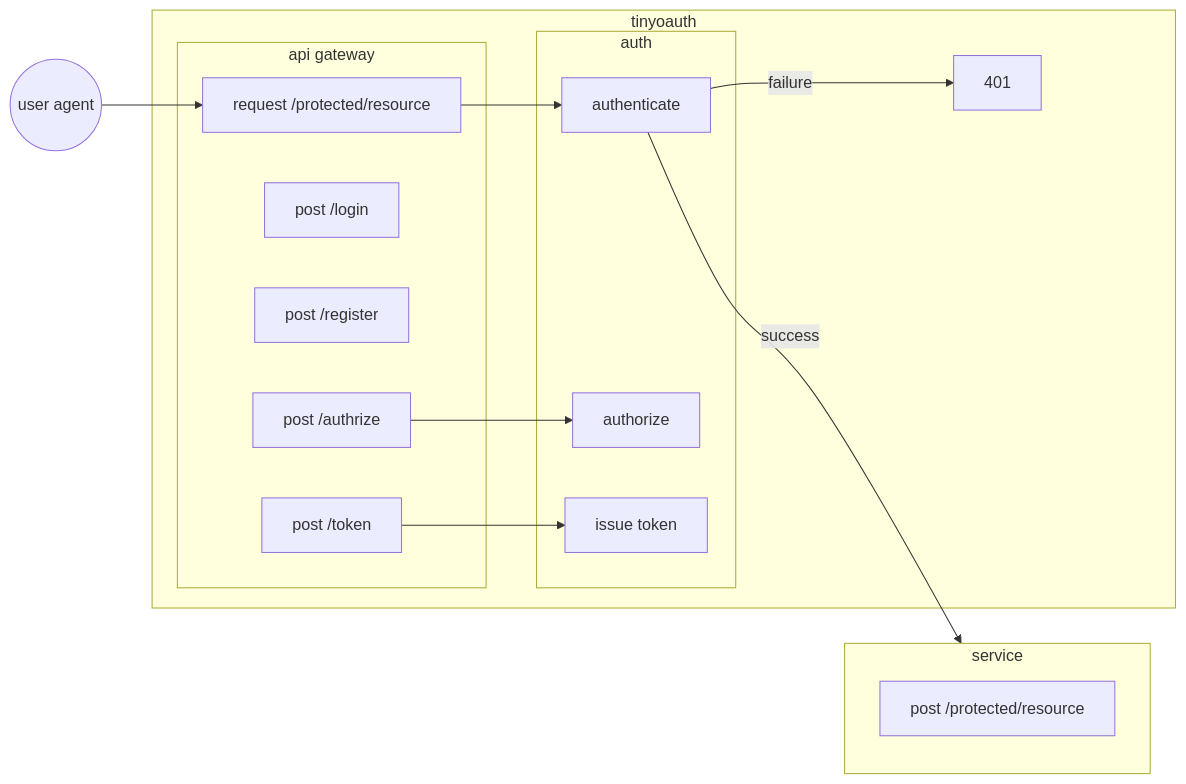
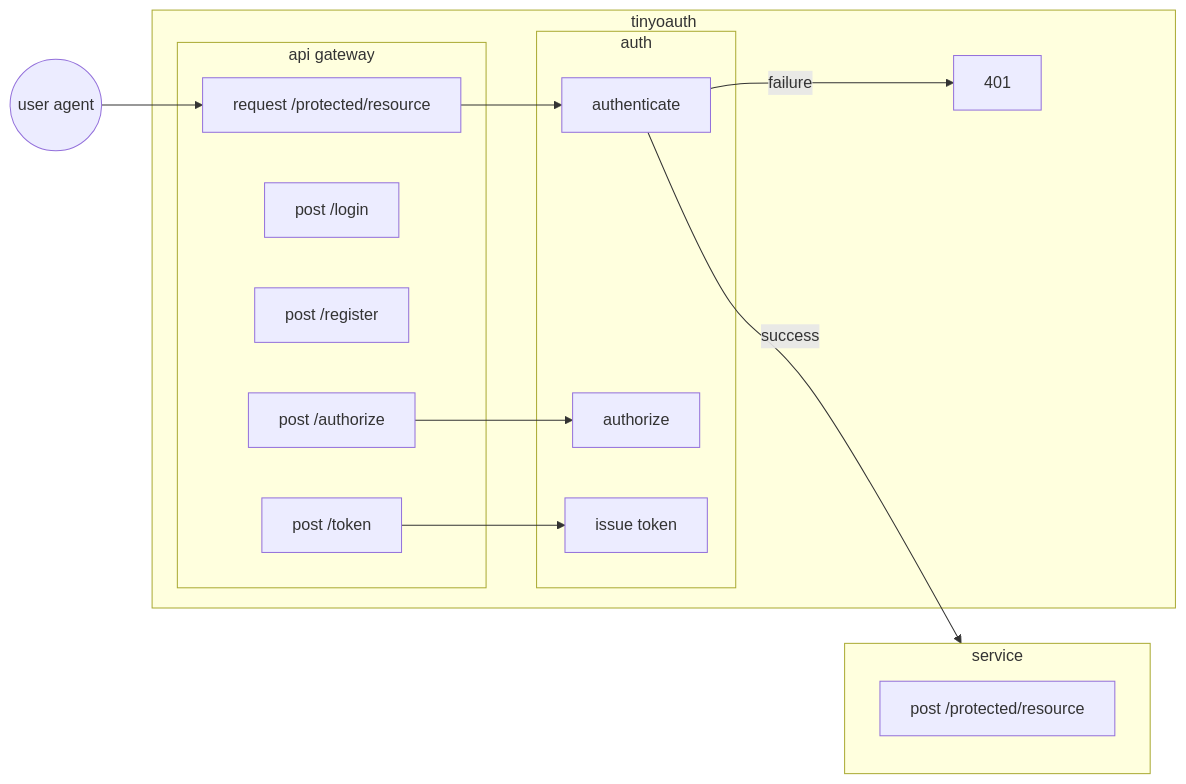
One commit to DevecorSoft/tinyoauth changed the diagram in docs/source/explanation/api-design.md. Above: the diagram before and after it, drawn with Mermaid. The commit also changed other lines of this file and 2 other files, not shown here.

````diff
--- a/docs/source/explanation/api-design.md
+++ b/docs/source/explanation/api-design.md
@@ -3,33 +3,33 @@
 ```{mermaid}
 flowchart LR
   subgraph tinyoauth
 
     subgraph gateway[api gateway]
       request_protected_api[request /protected/resource]
       post_login_api[post /login]
       post_register_api[post /register]
-      post_authorize_api[post /authrize]
+      post_authorize_api[post /authorize]
       post_token_api[post /token]
     end
 
     subgraph auth
       authenticate
       authorize
       issue_token[issue token]
     end
 
     request_protected_api --> authenticate
     authenticate -- failure --> 401
 
     post_authorize_api --> authorize
     post_token_api --> issue_token
 
   end
 
   subgraph service
     service_api[post /protected/resource]
   end
 
   authenticate -- success --> service
   user_agent((user agent)) --> request_protected_api
 ```
````
